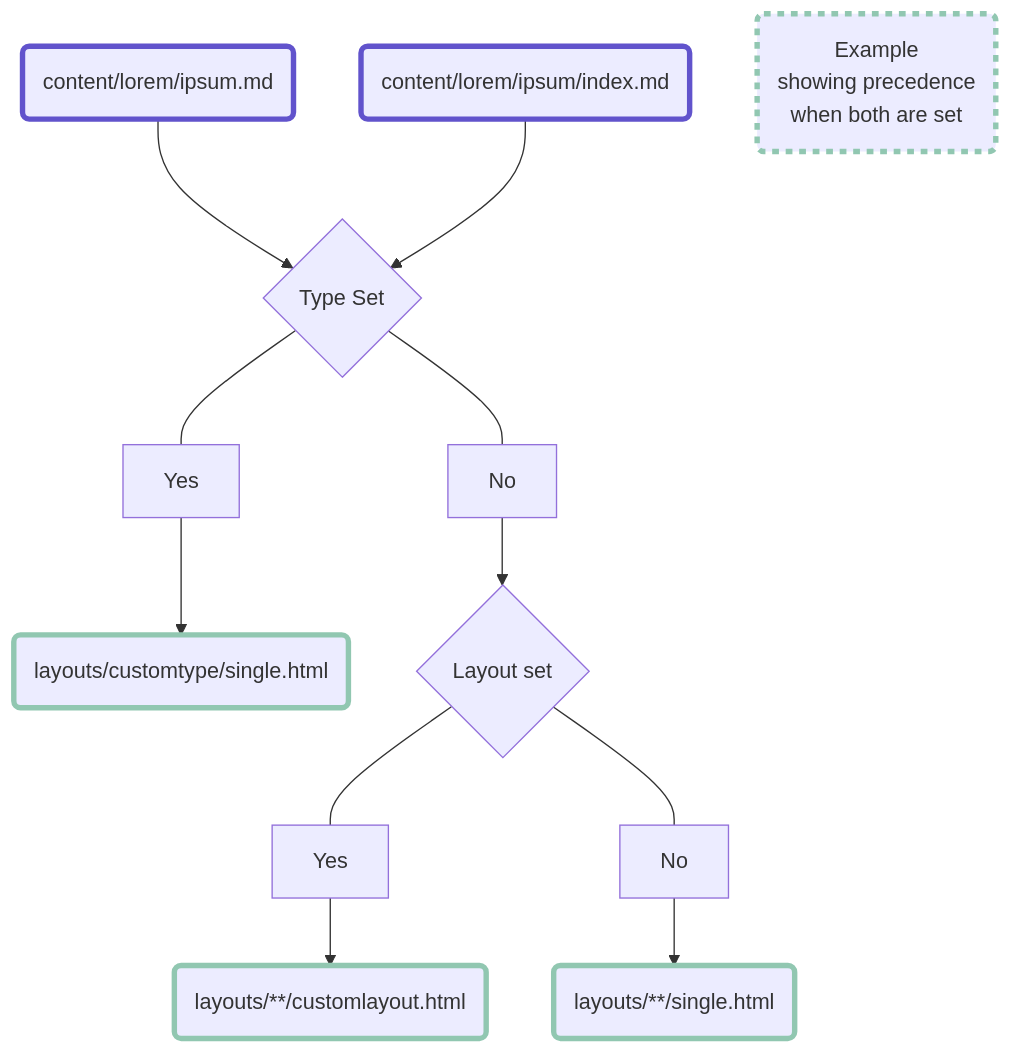
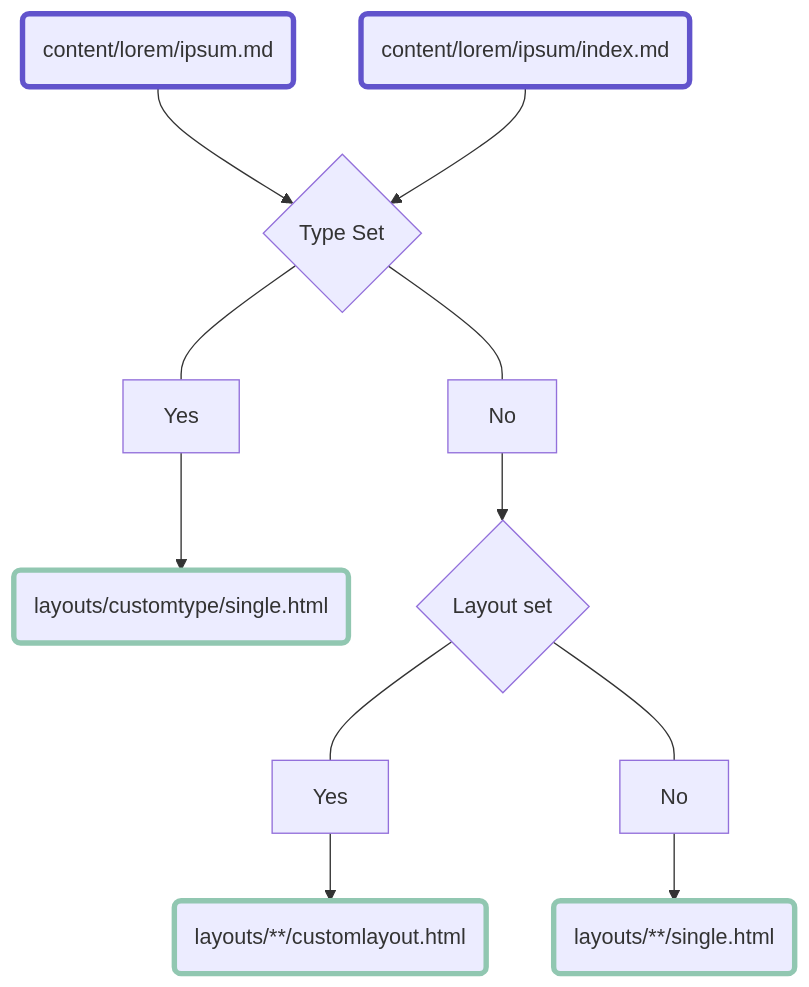
Before and after one commit to pointyfar/hugo-content-naming-layouts: the diagram in content/trees/_index.md, drawn with Mermaid. The commit also changed other lines of this file and 4 other files, not shown here.

```diff
--- a/content/trees/_index.md
+++ b/content/trees/_index.md
@@ -12,35 +12,27 @@
 {{<mermaid>}}
 graph TD
     A1("content/lorem/ipsum.md") --> B
     A2("content/lorem/ipsum/index.md") --> B
     
     B{Type Set}
     B --- By[Yes]
           By --> ctype("layouts/customtype/single.html")
     
-
-    Both("Example <br/> showing precedence <br/> when both are set")
 
     B --- Bn[No]
           Bn --> C{"Layout set"}
 
     C --- Cy[Yes]
           Cy --> dcl("layouts/**/customlayout.html")
 
     C --- Cn[No]
           Cn --> Default("layouts/**/single.html")
     
 
     classDef thick stroke-width:4px, stroke:#91C7B1;
     class Default,pcl,dcl,ctype,Both thick;
 
-    style Both stroke-dasharray:5, 5 stroke:#91C7B1;
     style A1 stroke-width:4px, stroke:#6153CC;
     style A2 stroke-width:4px, stroke:#6153CC;
 
-    click ctype "/trees/acacia/" "Example"
-    click Both "/trees/pine/" "Example"
-    click dcl "/trees/fig/" "Example"
-    click Default "/trees/mahogany/" "Example"
-
 {{</mermaid>}}
```
